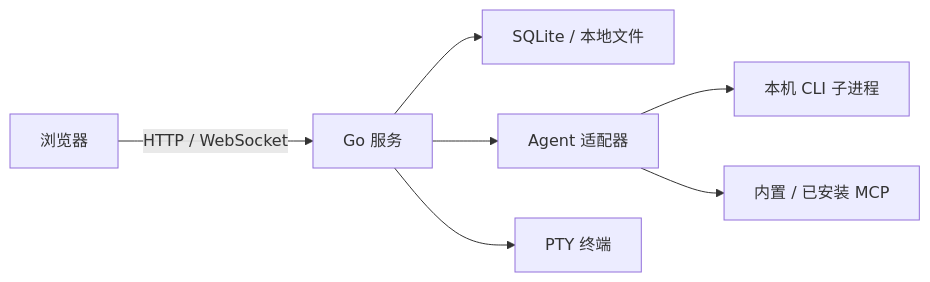
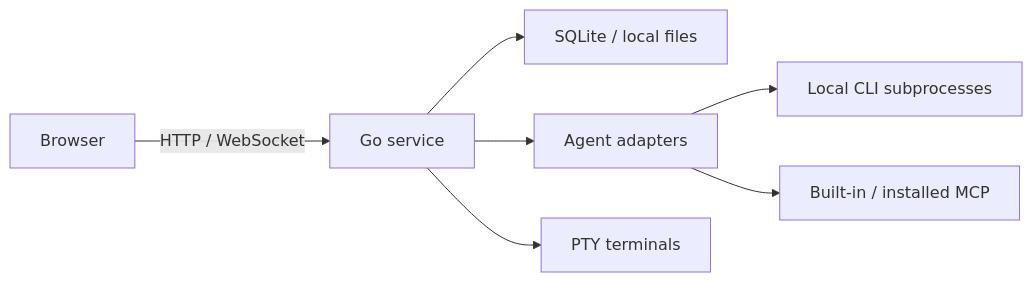
The diagram in docs/architecture.md (esonic/nexbox), drawn with Mermaid before and after one commit. The commit also changed other lines of this file and 10 other files, not shown here.

````diff
--- a/docs/architecture.md
+++ b/docs/architecture.md
@@ -5,9 +5,9 @@
 ```mermaid
 flowchart LR
-    Browser[浏览器] -->|HTTP / WebSocket| Server[Go 服务]
-    Server --> Store[SQLite / 本地文件]
-    Server --> Adapter[Agent 适配器]
-    Adapter --> CLI[本机 CLI 子进程]
-    Server --> Terminal[PTY 终端]
-    Adapter --> MCP[内置 / 已安装 MCP]
+    Browser[Browser] -->|HTTP / WebSocket| Server[Go service]
+    Server --> Store[SQLite / local files]
+    Server --> Adapter[Agent adapters]
+    Adapter --> CLI[Local CLI subprocesses]
+    Server --> Terminal[PTY terminals]
+    Adapter --> MCP[Built-in / installed MCP]
 ```
````
